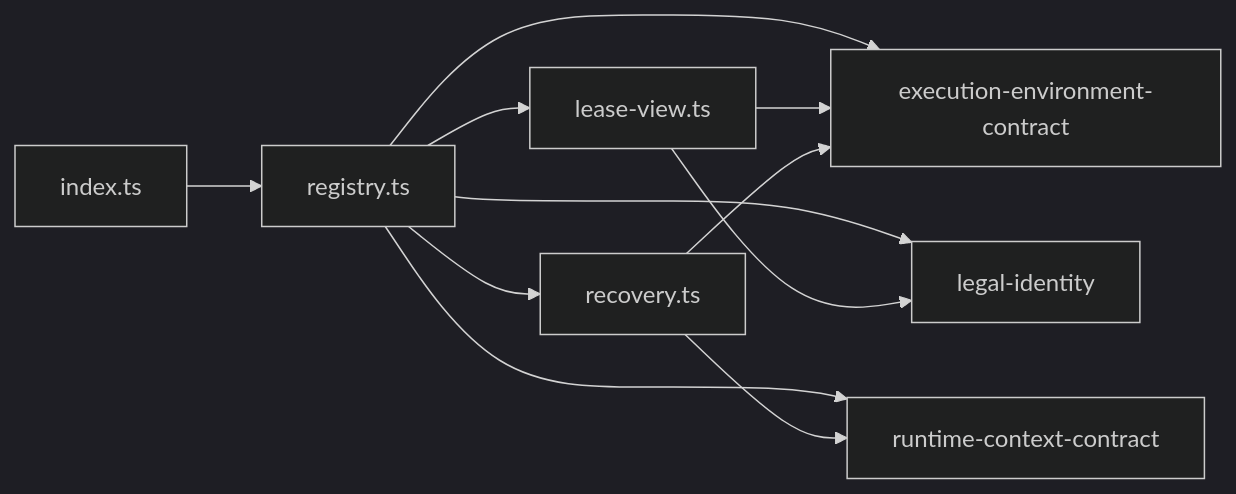
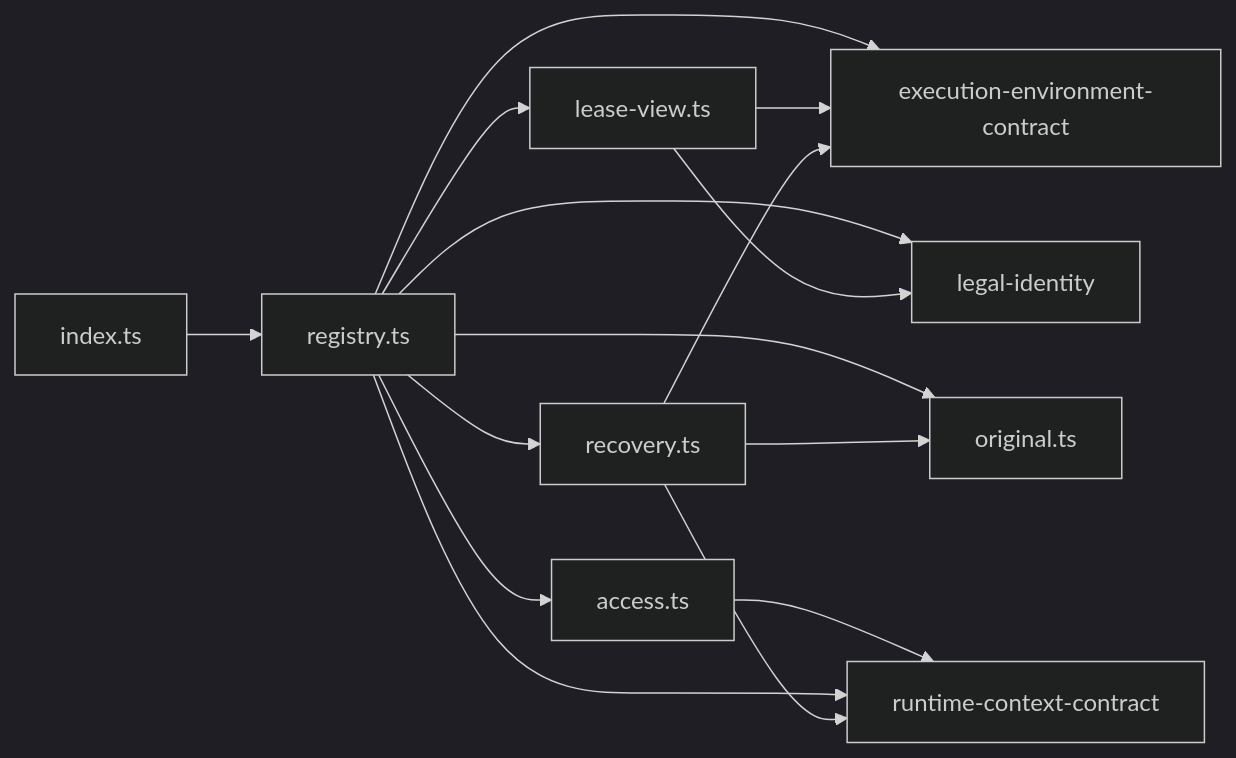
The diagram in packages/execution/execution-environment/docs/architecture.md (nemori-ai/omne-harness-lite), drawn with Mermaid (dark theme) before and after one commit. The commit also changed other lines of this file and 136 other files, not shown here.

````diff
--- a/packages/execution/execution-environment/docs/architecture.md
+++ b/packages/execution/execution-environment/docs/architecture.md
@@ -16,13 +18,17 @@
 ```mermaid
 flowchart LR
   Index[index.ts] --> Registry[registry.ts]
   Registry --> LeaseView[lease-view.ts]
   Registry --> Recovery[recovery.ts]
+  Registry --> Access[access.ts]
+  Registry --> Original[original.ts]
+  Recovery --> Original
+  Access --> RCC
   Registry --> EEC[execution-environment-contract]
   Registry --> LI[legal-identity]
   Registry --> RCC[runtime-context-contract]
   LeaseView --> EEC
   LeaseView --> LI
   Recovery --> EEC
   Recovery --> RCC
 ```
````
